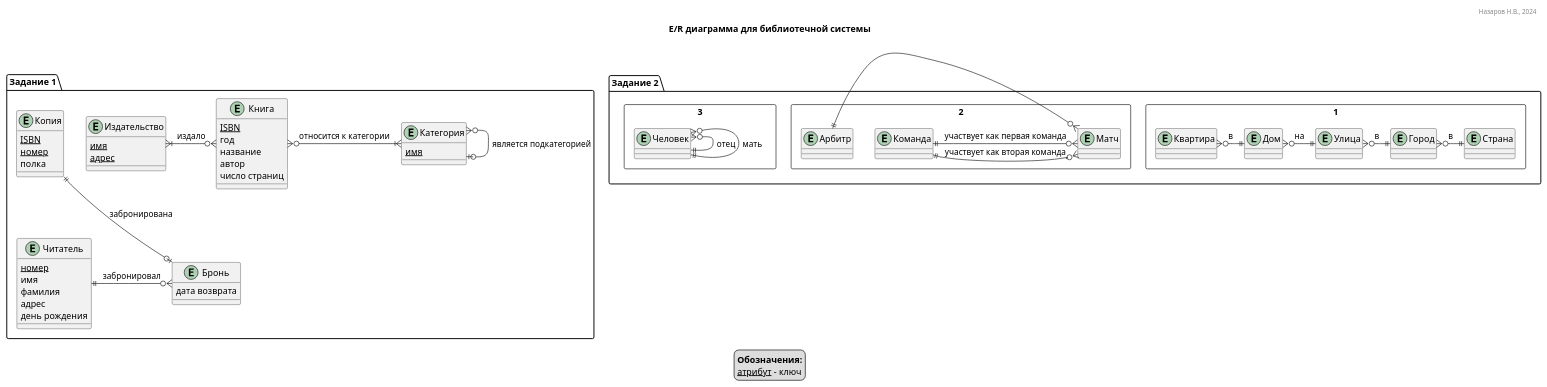
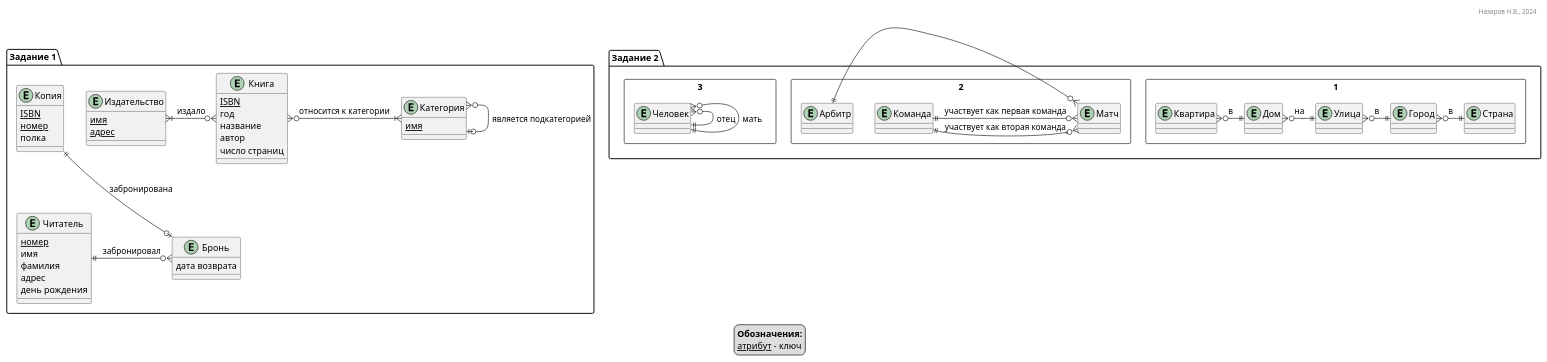
Before and after one commit to nvnazarov/c3-db: the diagram in sem_02.puml, drawn with PlantUML.

Commit message:
Remove title

```diff
--- a/sem_02.puml
+++ b/sem_02.puml
@@ -1,95 +1,94 @@
 @startuml libsys
 
-title E/R диаграмма для библиотечной системы
 header Назаров Н.В., 2024
 
 legend
     <b>Обозначения:</b>
     <u>атрибут</u> - ключ
 endlegend
 
 package "Задание 1" {
 
     entity Издательство {
         <u>имя</u>
         <u>адрес</u>
     }
 
     entity Книга {
         <u>ISBN</u>
         год
         название
         автор
         число страниц
     }
 
     entity Копия {
         <u>ISBN</u>
         <u>номер</u>
         полка
     }
 
     entity Категория {
         <u>имя</u>
     }
 
     entity Читатель {
         <u>номер</u>
         имя
         фамилия
         адрес
         день рождения
     }
 
     entity Бронь {
         дата возврата
     }
 
     Издательство }|-o{ Книга : издало
     Книга }o-|{ Категория : относится к категории
     Читатель ||-o{ Бронь : забронировал
     Копия ||--o| Бронь : забронирована
     Категория }o-o| Категория : является подкатегорией
 
 }
 
 package "Задание 2" {
 
     rectangle 1 {
 
         entity Страна
         entity Город
         entity Улица
         entity Дом
         entity Квартира
 
         Квартира }o-|| Дом : в
         Дом }o-|| Улица : на
         Улица }o-|| Город : в
         Город }o-|| Страна : в
 
     }
 
     rectangle 2 {
 
         entity Команда
         entity Арбитр
         entity Матч
 
         Команда ||-o{ Матч : участвует как первая команда
         Команда ||-o{ Матч : участвует как вторая команда
         Арбитр ||-o{ Матч
 
     }
 
     rectangle 3 {
 
         entity Человек
 
         Человек }o-|| Человек : отец
         Человек }o-|| Человек : мать
 
     }
 }
 
 @enduml
```
